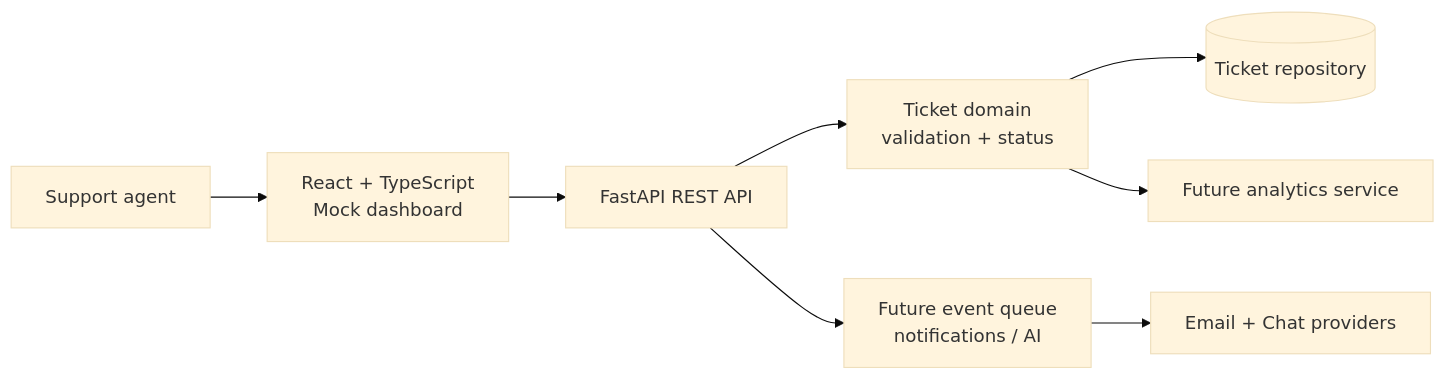
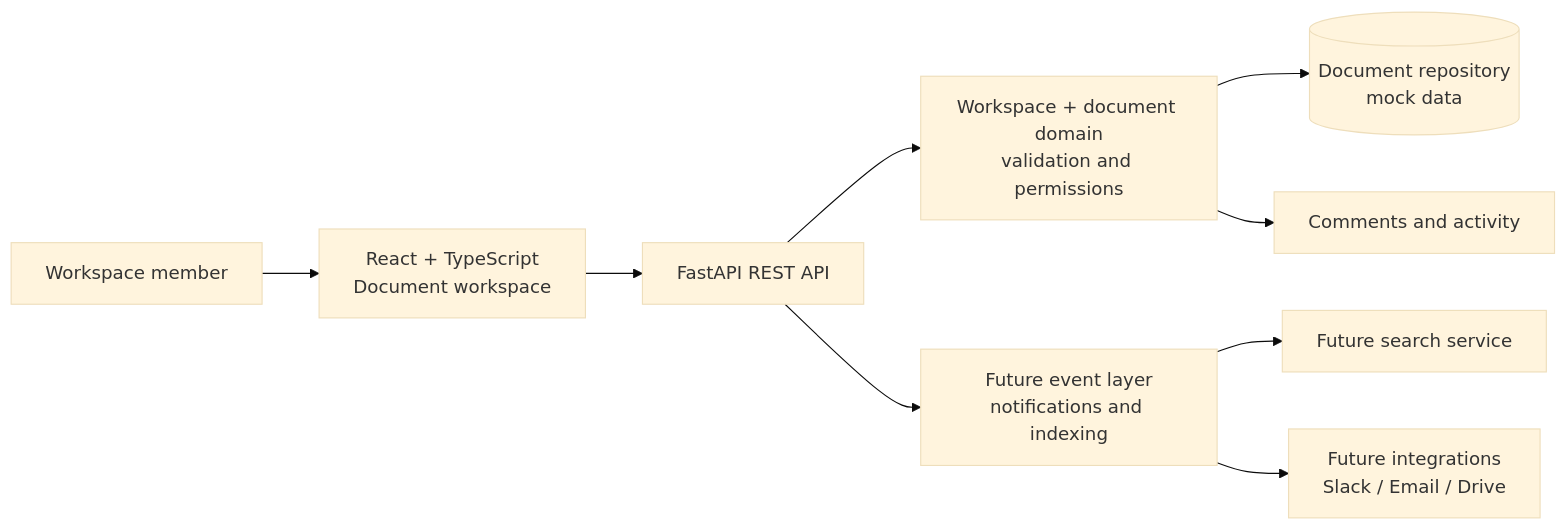
Before and after one commit to shaoyih75/SupportFlow.AI: the diagram in docs/architecture.md, drawn with Mermaid (base theme). The commit also changed other lines of this file and 5 other files, not shown here.

````diff
--- a/docs/architecture.md
+++ b/docs/architecture.md
@@ -3,10 +3,11 @@
 ```mermaid
 flowchart LR
-    Agent[Support agent] --> UI[React + TypeScript\nMock dashboard]
+    User[Workspace member] --> UI[React + TypeScript<br/>Document workspace]
     UI --> API[FastAPI REST API]
-    API --> Domain[Ticket domain\nvalidation + status]
-    Domain --> Repo[(Ticket repository)]
-    API --> Events[Future event queue\nnotifications / AI]
-    Events --> Integrations[Email + Chat providers]
-    Domain --> Analytics[Future analytics service]
+    API --> Domain[Workspace + document domain<br/>validation and permissions]
+    Domain --> Repo[(Document repository<br/>mock data)]
+    Domain --> Comments[Comments and activity]
+    API --> Events[Future event layer<br/>notifications and indexing]
+    Events --> Search[Future search service]
+    Events --> Integrations[Future integrations<br/>Slack / Email / Drive]
 ```
````
